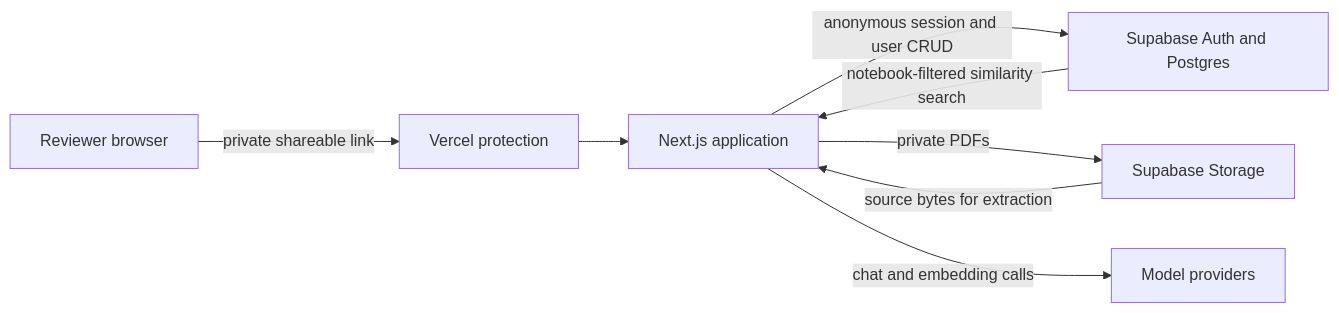
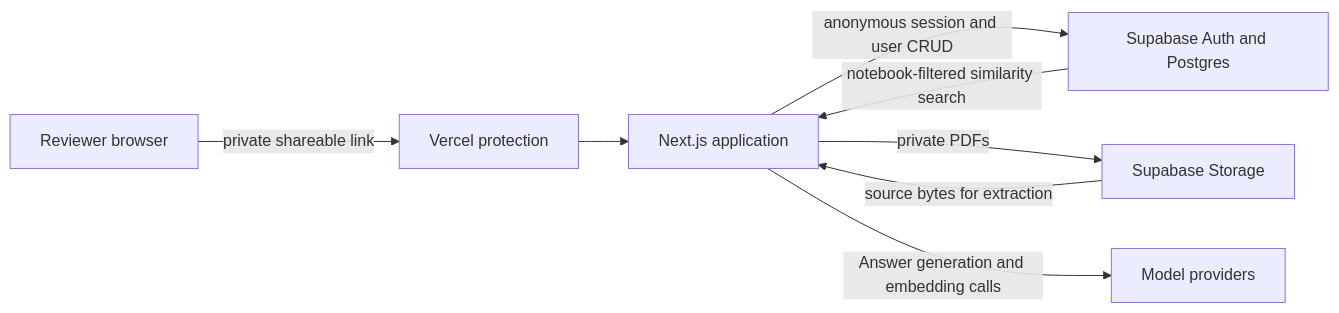
The first of 2 diagrams in ARCHITECTURE.md (Fubinator/notebooklm-clone), drawn with Mermaid before and after one commit. The commit also changed other lines of this file and 12 other files, not shown here.

````diff
--- a/ARCHITECTURE.md
+++ b/ARCHITECTURE.md
@@ -25,10 +25,10 @@
 ```mermaid
 flowchart LR
     R[Reviewer browser] -->|private shareable link| V[Vercel protection]
     V --> N[Next.js application]
     N -->|anonymous session and user CRUD| S[Supabase Auth and Postgres]
     N -->|private PDFs| O[Supabase Storage]
-    N -->|chat and embedding calls| M[Model providers]
+    N -->|Answer generation and embedding calls| M[Model providers]
     S -->|notebook-filtered similarity search| N
     O -->|source bytes for extraction| N
 ```
````
